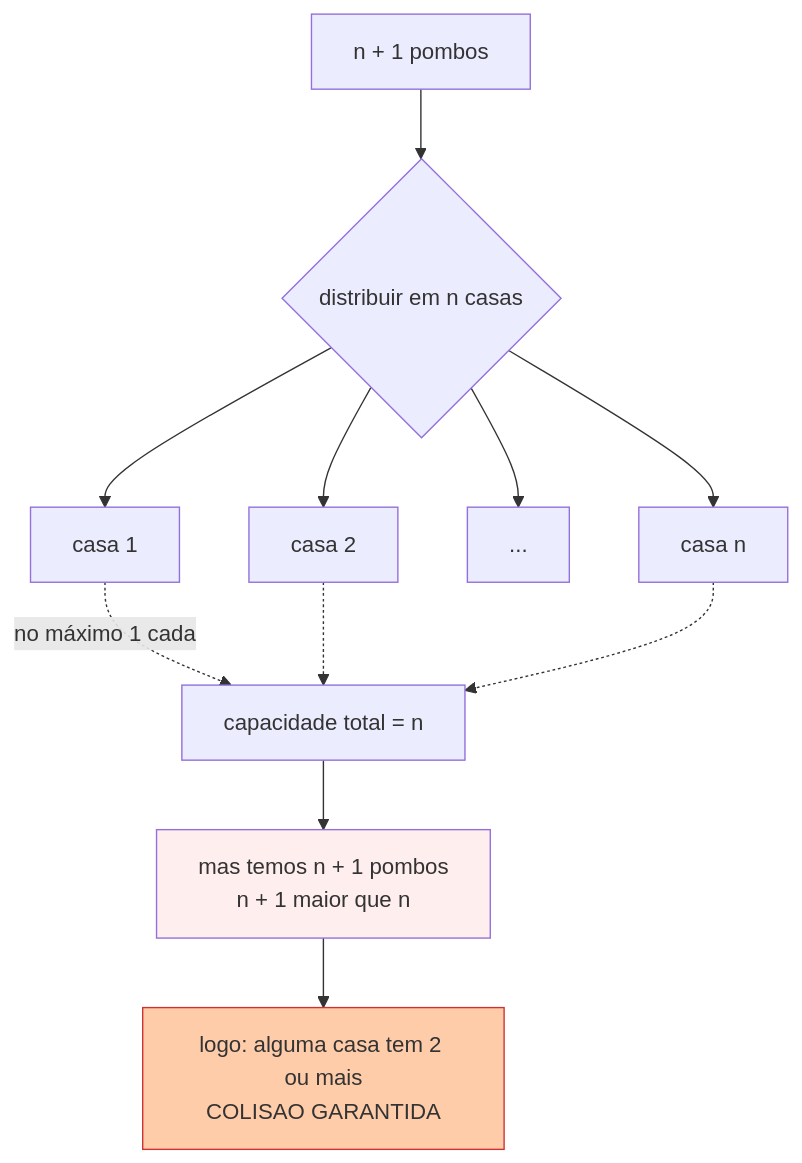
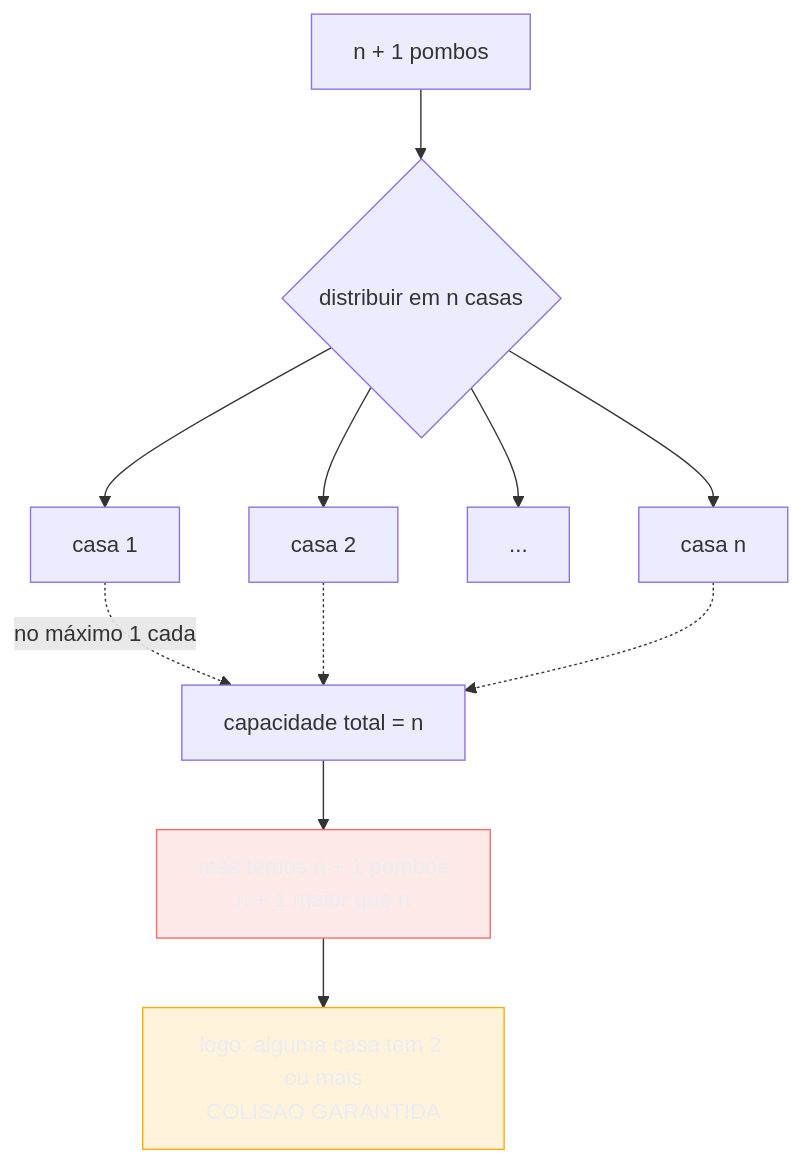
The first of 5 diagrams in 03-Dominios/Ciência/Matemática para Computação/12 - Princípios combinatórios - casa dos pombos e inclusão-exclusão.md (josenaldo/codex-technomanticus), drawn with Mermaid before and after one commit. The commit also changed other lines of this file and 1181 other files, not shown here.

First line of the commit message:
fix(diagramas): paleta do sistema no lugar de cor cravada no markdown

````diff
--- a/03-Dominios/Ciência/Matemática para Computação/12 - Princípios combinatórios - casa dos pombos e inclusão-exclusão.md
+++ b/03-Dominios/Ciência/Matemática para Computação/12 - Princípios combinatórios - casa dos pombos e inclusão-exclusão.md
@@ -95,15 +95,17 @@
 ```mermaid
 flowchart TD
+    classDef destaque fill:#FFAA0024,stroke:#FFAA00,color:#E9ECF2
+    classDef falha fill:#FF6B6B24,stroke:#FF6B6B,color:#E9ECF2
     P["n + 1 pombos"] --> D{"distribuir em n casas"}
     D --> C1["casa 1"]
     D --> C2["casa 2"]
     D --> C3["..."]
     D --> Cn["casa n"]
     C1 -. "no máximo 1 cada" .-> LIMITE["capacidade total = n"]
     C2 -.-> LIMITE
     Cn -.-> LIMITE
     LIMITE --> CONTRA["mas temos n + 1 pombos<br/>n + 1 maior que n"]
     CONTRA --> COL["logo: alguma casa tem 2 ou mais<br/>COLISAO GARANTIDA"]
-    style COL fill:#fca,stroke:#c33
-    style CONTRA fill:#fee
+    class COL destaque
+    class CONTRA falha
 ```
````
